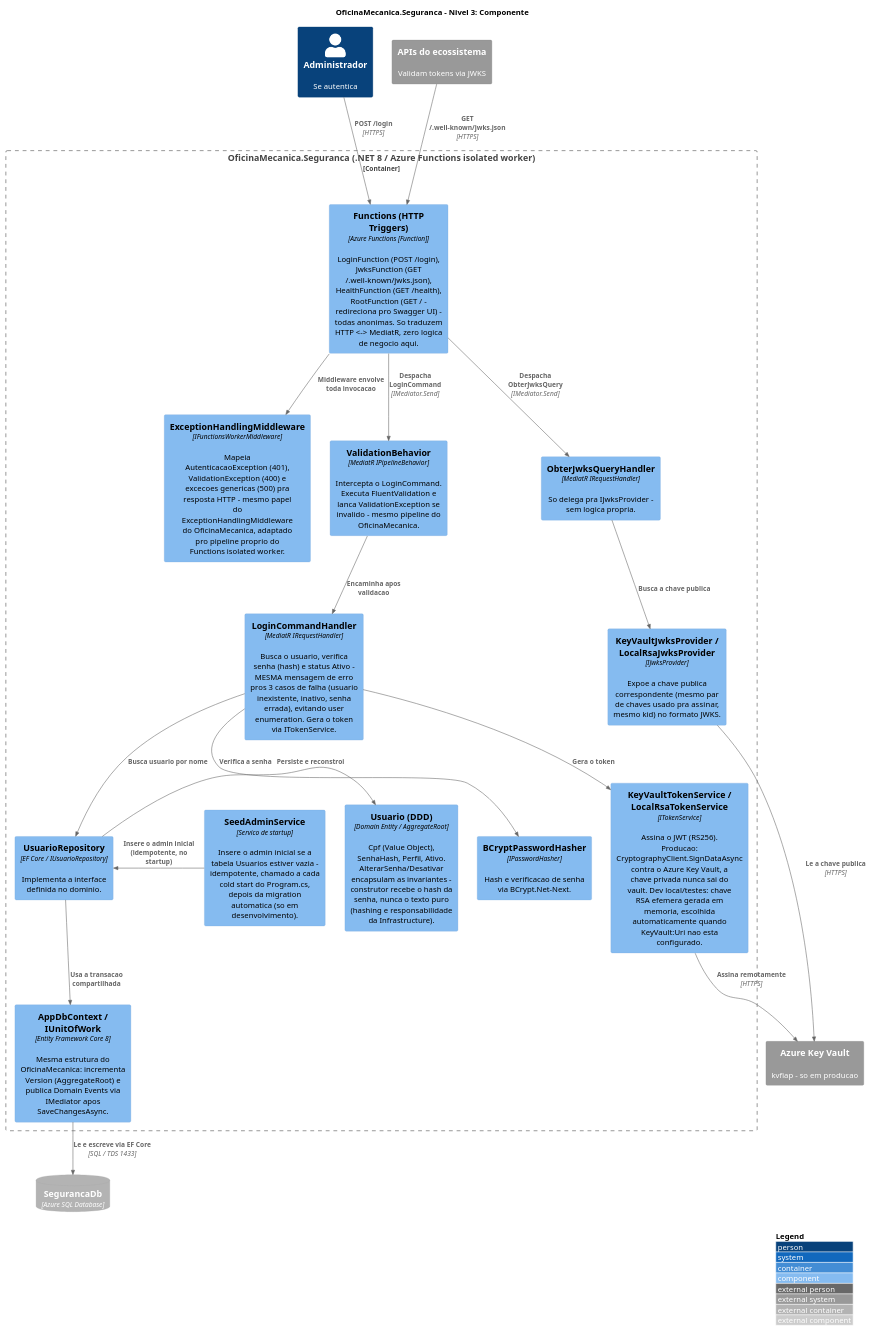
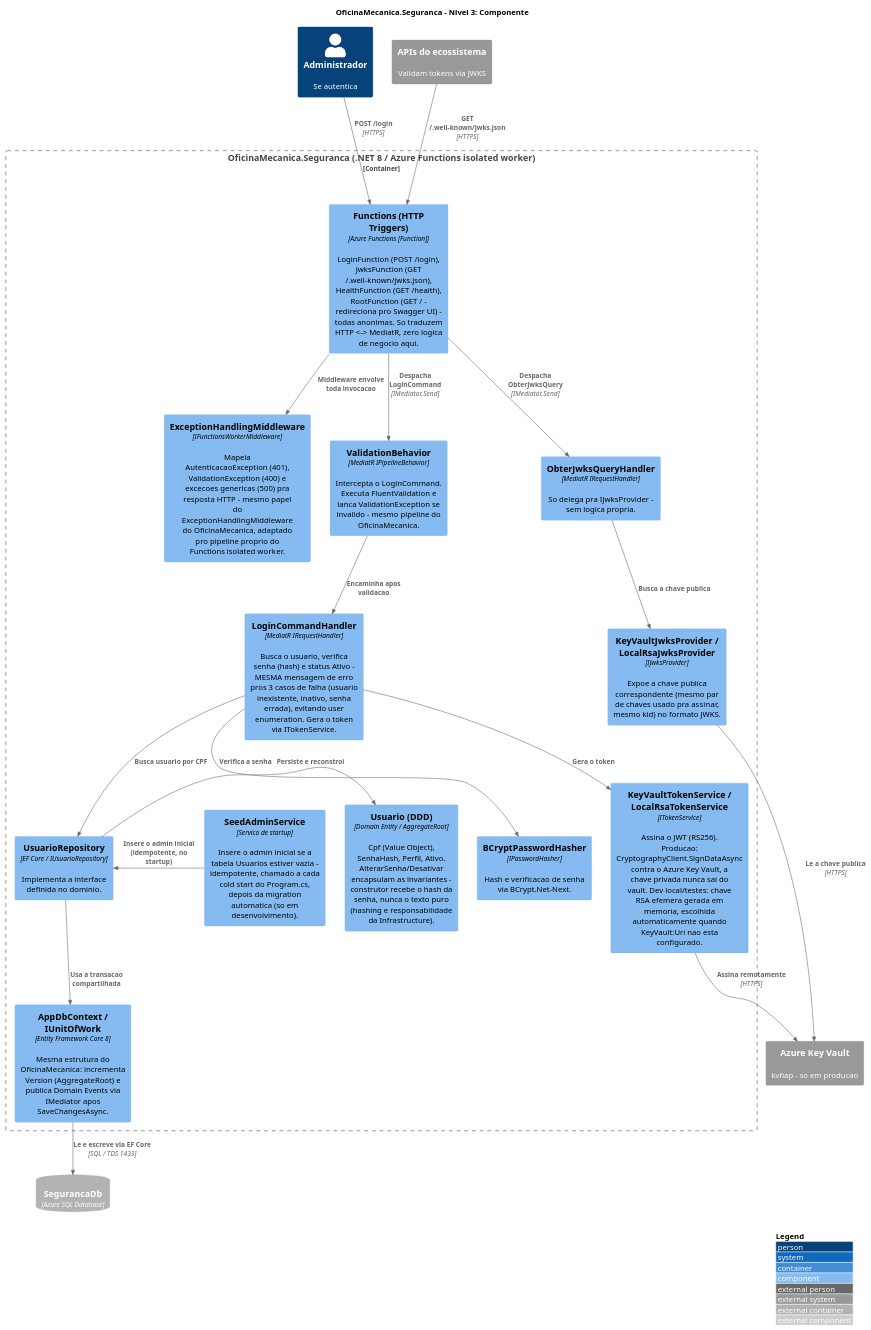
One commit to willianrmattos/OficinaMecanica.Seguranca changed the diagram in docs/c4-nivel3-componente.puml. Above: the diagram before and after it, drawn with PlantUML.

Commit message:
fix: atualiza diagrama C4 nivel 3 para refletir busca por CPF

```diff
--- a/docs/c4-nivel3-componente.puml
+++ b/docs/c4-nivel3-componente.puml
@@ -1,58 +1,58 @@
 @startuml c4-nivel3-componente
 !include <C4/C4_Component>
 
 LAYOUT_TOP_DOWN()
 LAYOUT_WITH_LEGEND()
 
 title OficinaMecanica.Seguranca - Nivel 3: Componente
 
 Person(admin, "Administrador", "Se autentica")
 System_Ext(consumidores, "APIs do ecossistema", "Validam tokens via JWKS")
 ContainerDb_Ext(db, "SegurancaDb", "Azure SQL Database")
 System_Ext(keyvault, "Azure Key Vault", "kvfiap - so em producao")
 
 Container_Boundary(seguranca, "OficinaMecanica.Seguranca (.NET 8 / Azure Functions isolated worker)") {
 
     Component(middleware, "ExceptionHandlingMiddleware", "IFunctionsWorkerMiddleware", "Mapeia AutenticacaoException (401), ValidationException (400) e excecoes genericas (500) pra resposta HTTP - mesmo papel do ExceptionHandlingMiddleware do OficinaMecanica, adaptado pro pipeline proprio do Functions isolated worker.")
 
     Component(functions, "Functions (HTTP Triggers)", "Azure Functions [Function]", "LoginFunction (POST /login), JwksFunction (GET /.well-known/jwks.json), HealthFunction (GET /health), RootFunction (GET / - redireciona pro Swagger UI) - todas anonimas. So traduzem HTTP <-> MediatR, zero logica de negocio aqui.")
 
     Component(pipeline, "ValidationBehavior", "MediatR IPipelineBehavior", "Intercepta o LoginCommand. Executa FluentValidation e lanca ValidationException se invalido - mesmo pipeline do OficinaMecanica.")
 
     Component(loginHandler, "LoginCommandHandler", "MediatR IRequestHandler", "Busca o usuario, verifica senha (hash) e status Ativo - MESMA mensagem de erro pros 3 casos de falha (usuario inexistente, inativo, senha errada), evitando user enumeration. Gera o token via ITokenService.")
 
     Component(jwksHandler, "ObterJwksQueryHandler", "MediatR IRequestHandler", "So delega pra IJwksProvider - sem logica propria.")
 
     Component(usuario, "Usuario (DDD)", "Domain Entity / AggregateRoot", "Cpf (Value Object), SenhaHash, Perfil, Ativo. AlterarSenha/Desativar encapsulam as invariantes - construtor recebe o hash da senha, nunca o texto puro (hashing e responsabilidade da Infrastructure).")
 
     Component(repo, "UsuarioRepository", "EF Core / IUsuarioRepository", "Implementa a interface definida no dominio.")
 
     Component(hasher, "BCryptPasswordHasher", "IPasswordHasher", "Hash e verificacao de senha via BCrypt.Net-Next.")
 
     Component(tokenSvc, "KeyVaultTokenService / LocalRsaTokenService", "ITokenService", "Assina o JWT (RS256). Producao: CryptographyClient.SignDataAsync contra o Azure Key Vault, a chave privada nunca sai do vault. Dev local/testes: chave RSA efemera gerada em memoria, escolhida automaticamente quando KeyVault:Uri nao esta configurado.")
 
     Component(jwksProvider, "KeyVaultJwksProvider / LocalRsaJwksProvider", "IJwksProvider", "Expoe a chave publica correspondente (mesmo par de chaves usado pra assinar, mesmo kid) no formato JWKS.")
 
     Component(seed, "SeedAdminService", "Servico de startup", "Insere o admin inicial se a tabela Usuarios estiver vazia - idempotente, chamado a cada cold start do Program.cs, depois da migration automatica (so em desenvolvimento).")
 
     Component(dbctx, "AppDbContext / IUnitOfWork", "Entity Framework Core 8", "Mesma estrutura do OficinaMecanica: incrementa Version (AggregateRoot) e publica Domain Events via IMediator apos SaveChangesAsync.")
 }
 
 Rel_D(admin, functions, "POST /login", "HTTPS")
 Rel_D(consumidores, functions, "GET /.well-known/jwks.json", "HTTPS")
 Rel_D(functions, middleware, "Middleware envolve toda invocacao")
 Rel_D(functions, pipeline, "Despacha LoginCommand", "IMediator.Send")
 Rel_D(pipeline, loginHandler, "Encaminha apos validacao")
 Rel_D(functions, jwksHandler, "Despacha ObterJwksQuery", "IMediator.Send")
-Rel_D(loginHandler, repo, "Busca usuario por nome")
+Rel_D(loginHandler, repo, "Busca usuario por CPF")
 Rel_D(loginHandler, hasher, "Verifica a senha")
 Rel_D(loginHandler, tokenSvc, "Gera o token")
 Rel_D(jwksHandler, jwksProvider, "Busca a chave publica")
 Rel_R(repo, usuario, "Persiste e reconstroi")
 Rel_D(repo, dbctx, "Usa a transacao compartilhada")
 Rel_D(dbctx, db, "Le e escreve via EF Core", "SQL / TDS 1433")
 Rel(tokenSvc, keyvault, "Assina remotamente", "HTTPS")
 Rel(jwksProvider, keyvault, "Le a chave publica", "HTTPS")
 Rel_L(seed, repo, "Insere o admin inicial (idempotente, no startup)")
 
 @enduml
```
